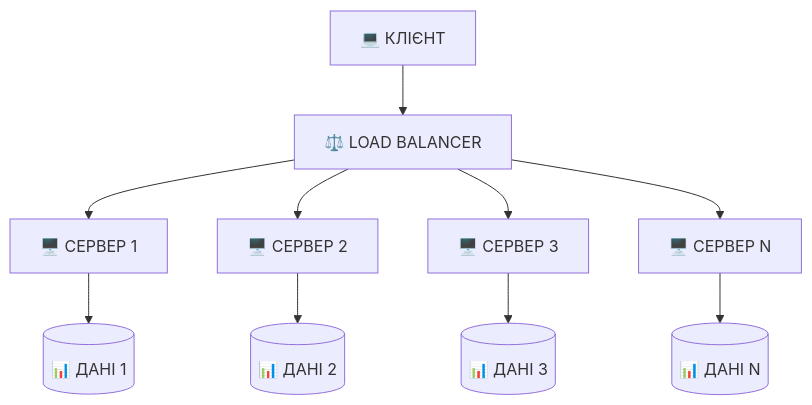
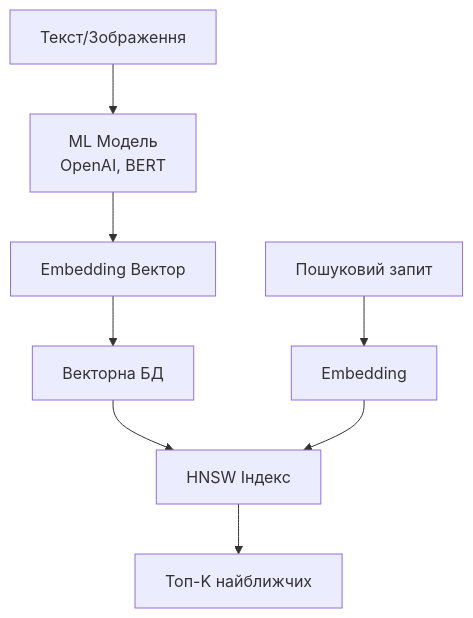
One commit to olroi421/course-bd changed the first of 9 diagrams in presentations/presentation-16.md. Above: the diagram before and after it, drawn with Mermaid. The commit also changed other lines of this file and 26 other files, not shown here.

````diff
--- a/presentations/presentation-16.md
+++ b/presentations/presentation-16.md
@@ -71,13 +27,9 @@
 ```mermaid
 graph TB
-    A[💻 КЛІЄНТ] --> B[⚖️ LOAD BALANCER]
-    B --> C[🖥️ СЕРВЕР 1]
-    B --> D[🖥️ СЕРВЕР 2]
-    B --> E[🖥️ СЕРВЕР 3]
-    B --> F[🖥️ СЕРВЕР N]
-
-    C --> G[(📊 ДАНІ 1)]
-    D --> H[(📊 ДАНІ 2)]
-    E --> I[(📊 ДАНІ 3)]
-    F --> J[(📊 ДАНІ N)]
+    A[Текст/Зображення] --> B[ML Модель<br/>OpenAI, BERT]
+    B --> C[Embedding Вектор]
+    C --> D[Векторна БД]
+    D --> E[HNSW Індекс]
+    G[Пошуковий запит] --> H[Embedding] --> E
+    E --> I[Топ-K найближчих]
 ```
````
